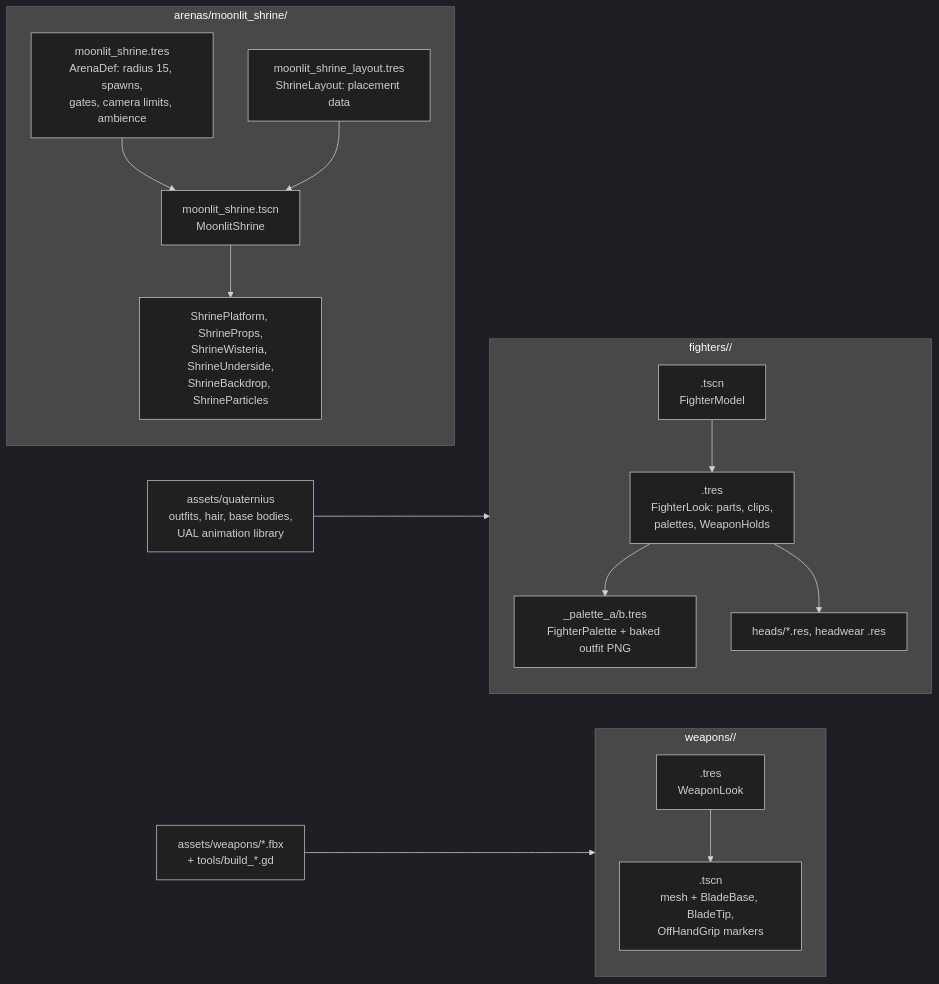
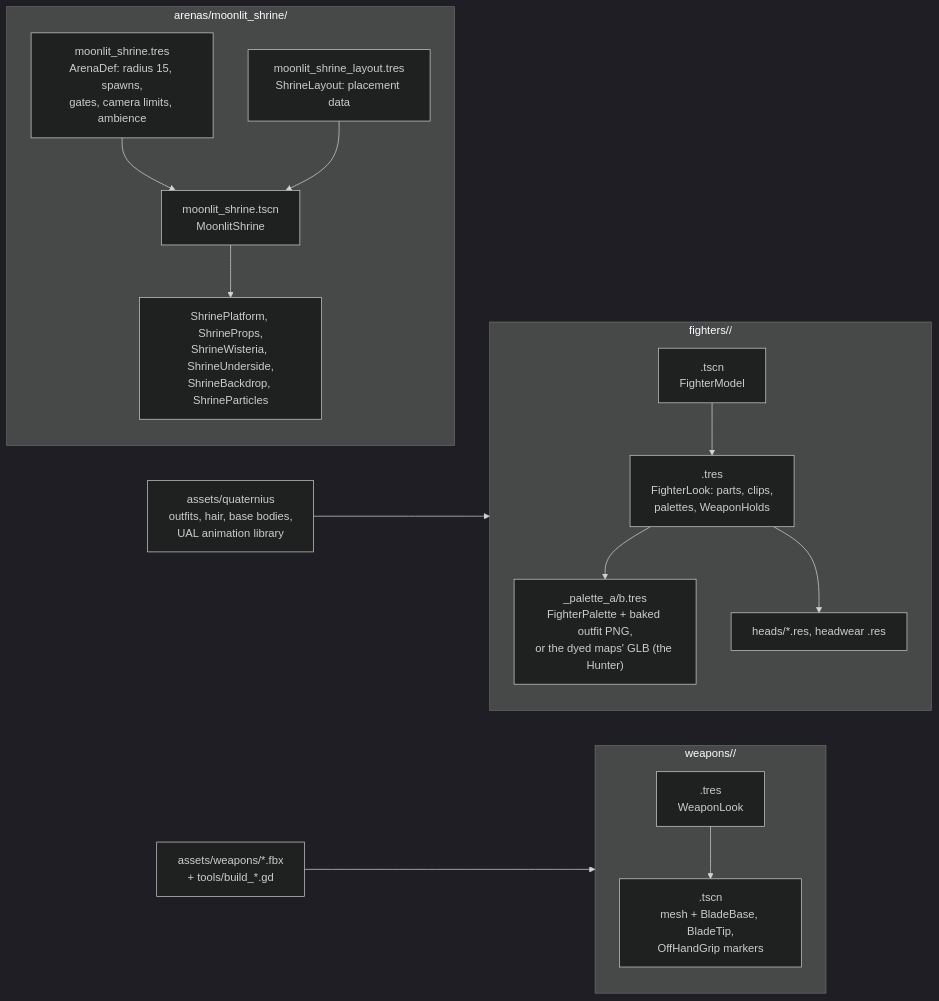
One commit to Arod231/monomachia changed diagram 14 of 22 in docs/architecture.md. Above: the diagram before and after it, drawn with Mermaid (dark theme). The commit also changed other lines of this file and 7 other files, not shown here.

First line of the commit message:
Finish milestone-1 task 45: the Hunter re-dyed crimson and indigo

````diff
--- a/docs/architecture.md
+++ b/docs/architecture.md
@@ -762,18 +762,18 @@
 ```mermaid
 flowchart LR
     subgraph FIGHTER["fighters/<id>/"]
         FTSCN["<id>.tscn<br/>FighterModel"] --> FTRES["<id>.tres<br/>FighterLook: parts, clips,<br/>palettes, WeaponHolds"]
-        FTRES --> PAL["<id>_palette_a/b.tres<br/>FighterPalette + baked outfit PNG"]
+        FTRES --> PAL["<id>_palette_a/b.tres<br/>FighterPalette + baked outfit PNG,<br/>or the dyed maps' GLB (the Hunter)"]
         FTRES --> HEAD["heads/*.res, headwear .res"]
     end
     subgraph WEAPON["weapons/<id>/"]
         WRES["<id>.tres<br/>WeaponLook"] --> WSCN["<id>.tscn<br/>mesh + BladeBase, BladeTip,<br/>OffHandGrip markers"]
     end
     subgraph ARENA["arenas/moonlit_shrine/"]
         ADEF["moonlit_shrine.tres<br/>ArenaDef: radius 15, spawns,<br/>gates, camera limits, ambience"] --> ASCN["moonlit_shrine.tscn<br/>MoonlitShrine"]
         ASCN --> PARTS["ShrinePlatform, ShrineProps,<br/>ShrineWisteria, ShrineUnderside,<br/>ShrineBackdrop, ShrineParticles"]
         LAYOUT["moonlit_shrine_layout.tres<br/>ShrineLayout: placement data"] --> ASCN
     end
     ASSETS["assets/quaternius<br/>outfits, hair, base bodies,<br/>UAL animation library"] --> FIGHTER
     SRCW["assets/weapons/*.fbx<br/>+ tools/build_*.gd"] --> WEAPON
 ```
````
